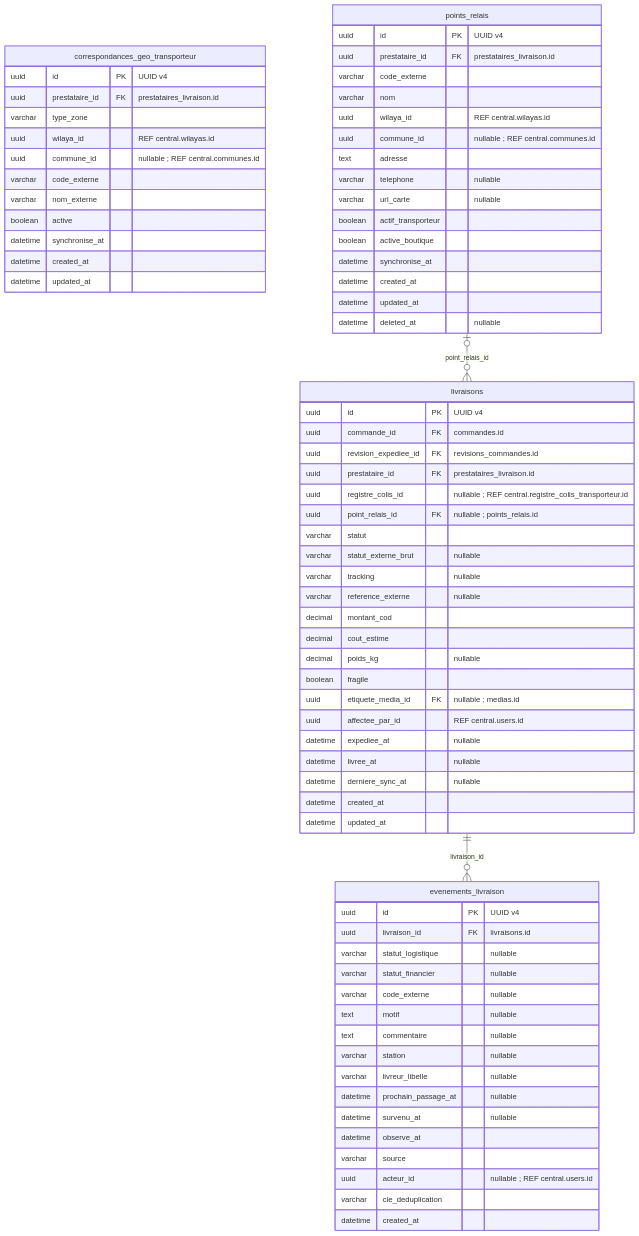
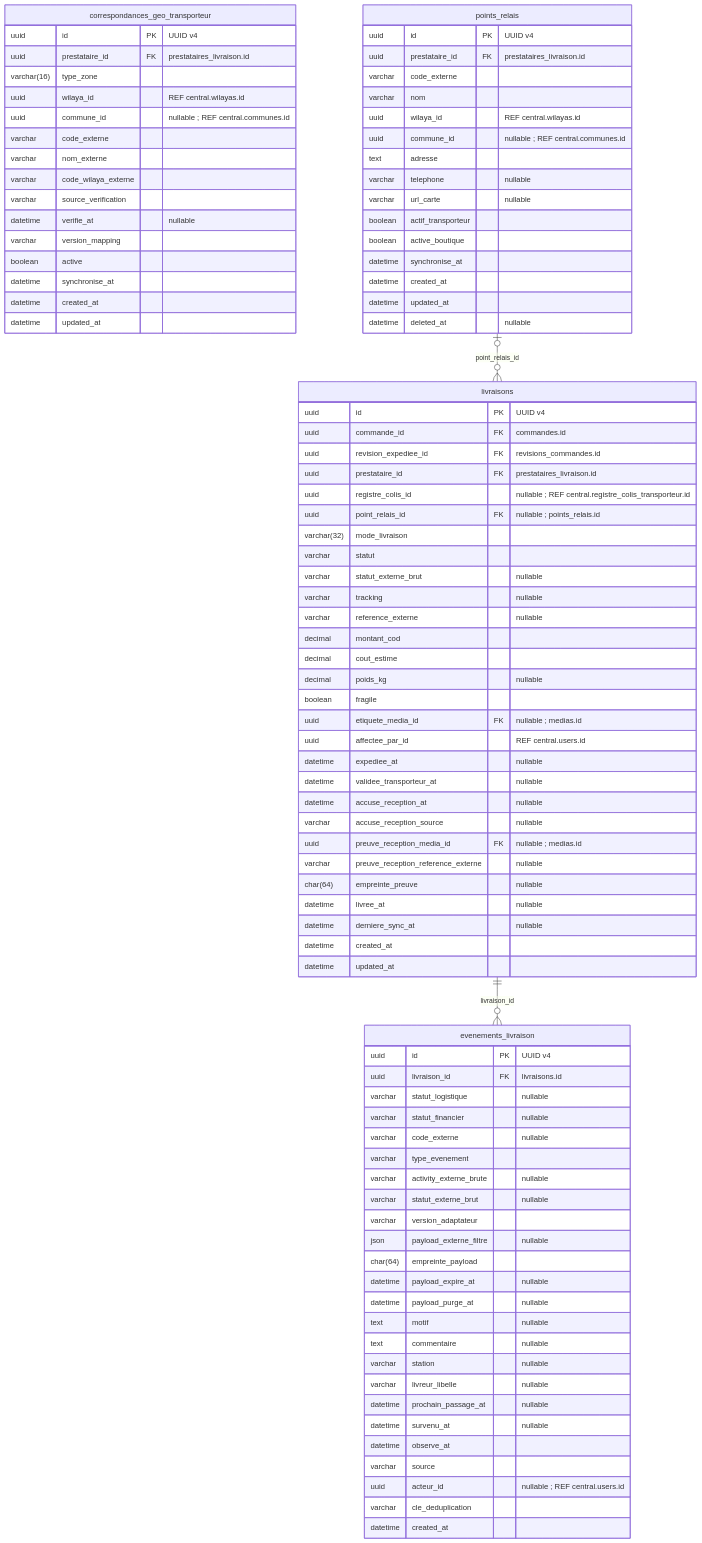
One commit to unitealfa/saas-ecom changed diagram 25 of 36 in Schema-BDD-SaaS-Ecommerce-UUID.md. Above: the diagram before and after it, drawn with Mermaid. The commit also changed other lines of this file, not shown here.

```diff
--- a/Schema-BDD-SaaS-Ecommerce-UUID.md
+++ b/Schema-BDD-SaaS-Ecommerce-UUID.md
@@ -1527,11 +1940,15 @@
     correspondances_geo_transporteur {
         uuid id PK "UUID v4"
         uuid prestataire_id FK "prestataires_livraison.id"
-        varchar type_zone
+        varchar(16) type_zone
         uuid wilaya_id "REF central.wilayas.id"
         uuid commune_id "nullable ; REF central.communes.id"
         varchar code_externe
         varchar nom_externe
+        varchar code_wilaya_externe
+        varchar source_verification
+        datetime verifie_at "nullable"
+        varchar version_mapping
         boolean active
         datetime synchronise_at
         datetime created_at
@@ -1561,6 +1978,7 @@
         uuid prestataire_id FK "prestataires_livraison.id"
         uuid registre_colis_id "nullable ; REF central.registre_colis_transporteur.id"
         uuid point_relais_id FK "nullable ; points_relais.id"
+        varchar(32) mode_livraison
         varchar statut
         varchar statut_externe_brut "nullable"
         varchar tracking "nullable"
@@ -1572,6 +1990,12 @@
         uuid etiquete_media_id FK "nullable ; medias.id"
         uuid affectee_par_id "REF central.users.id"
         datetime expediee_at "nullable"
+        datetime validee_transporteur_at "nullable"
+        datetime accuse_reception_at "nullable"
+        varchar accuse_reception_source "nullable"
+        uuid preuve_reception_media_id FK "nullable ; medias.id"
+        varchar preuve_reception_reference_externe "nullable"
+        char(64) empreinte_preuve "nullable"
         datetime livree_at "nullable"
         datetime derniere_sync_at "nullable"
         datetime created_at
@@ -1583,6 +2007,14 @@
         varchar statut_logistique "nullable"
         varchar statut_financier "nullable"
         varchar code_externe "nullable"
+        varchar type_evenement
+        varchar activity_externe_brute "nullable"
+        varchar statut_externe_brut "nullable"
+        varchar version_adaptateur
+        json payload_externe_filtre "nullable"
+        char(64) empreinte_payload
+        datetime payload_expire_at "nullable"
+        datetime payload_purge_at "nullable"
         text motif "nullable"
         text commentaire "nullable"
         varchar station "nullable"
```
